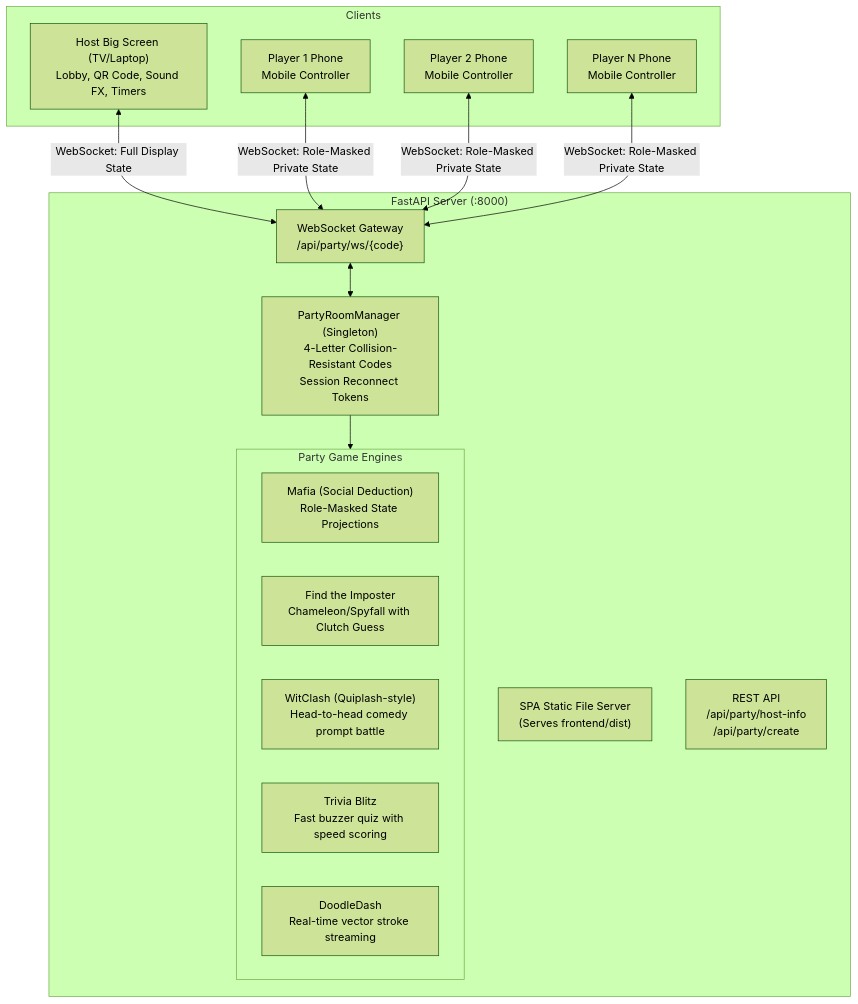
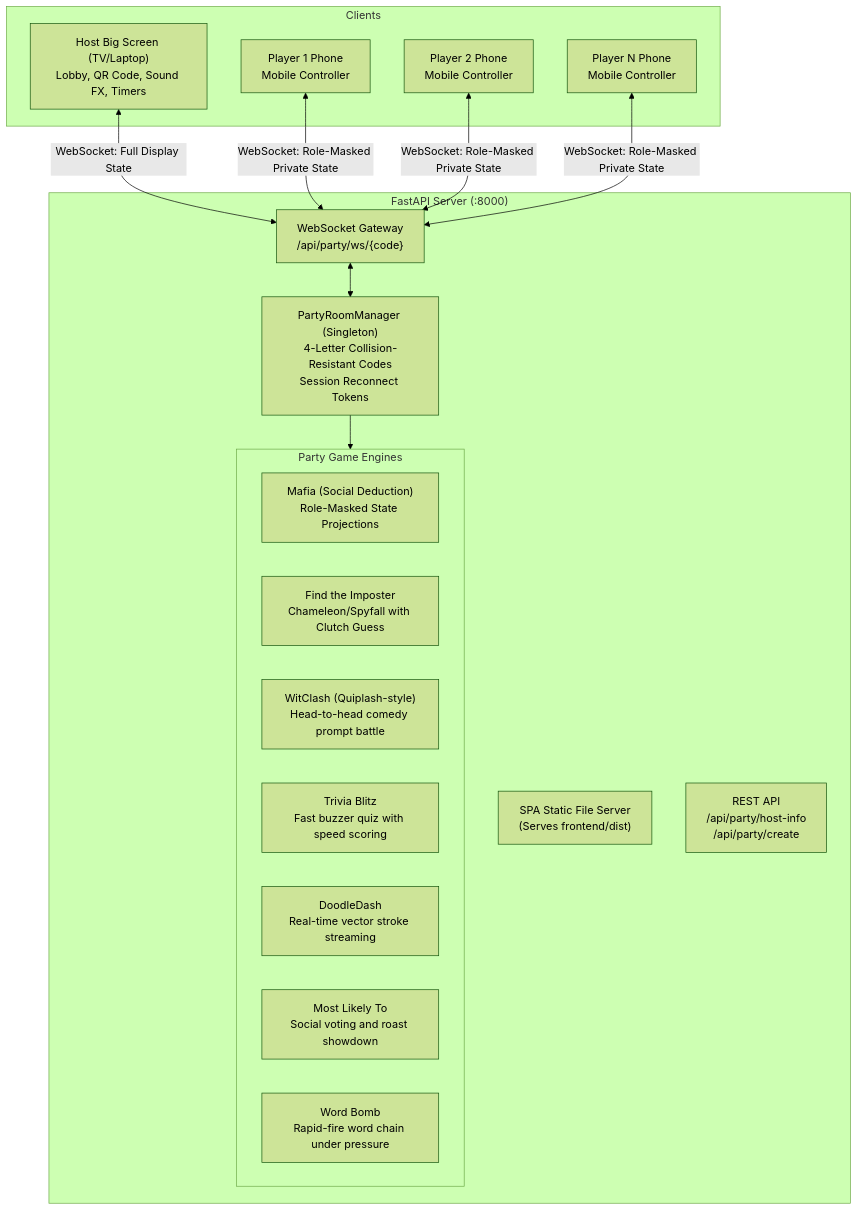
One commit to saranxzi/sanfun changed the diagram in ARCHITECTURE.md. Above: the diagram before and after it, drawn with Mermaid (forest theme). The commit also changed other lines of this file and 17 other files, not shown here.

````diff
--- a/ARCHITECTURE.md
+++ b/ARCHITECTURE.md
@@ -7,33 +7,35 @@
 ```mermaid
 graph TD
     subgraph Clients
         HostScreen["Host Big Screen (TV/Laptop)<br/>Lobby, QR Code, Sound FX, Timers"]
         Phone1["Player 1 Phone<br/>Mobile Controller"]
         Phone2["Player 2 Phone<br/>Mobile Controller"]
         PhoneN["Player N Phone<br/>Mobile Controller"]
     end
 
     subgraph "FastAPI Server (:8000)"
         StaticFiles["SPA Static File Server<br/>(Serves frontend/dist)"]
         WSGateway["WebSocket Gateway<br/>/api/party/ws/{code}"]
         REST["REST API<br/>/api/party/host-info<br/>/api/party/create"]
         
         Manager["PartyRoomManager (Singleton)<br/>4-Letter Collision-Resistant Codes<br/>Session Reconnect Tokens"]
         
         subgraph PartyGamesEngine["Party Game Engines"]
             Mafia["Mafia (Social Deduction)<br/>Role-Masked State Projections"]
             Imposter["Find the Imposter<br/>Chameleon/Spyfall with Clutch Guess"]
             WitClash["WitClash (Quiplash-style)<br/>Head-to-head comedy prompt battle"]
             Trivia["Trivia Blitz<br/>Fast buzzer quiz with speed scoring"]
             Doodle["DoodleDash<br/>Real-time vector stroke streaming"]
+            MostLikely["Most Likely To<br/>Social voting and roast showdown"]
+            WordBomb["Word Bomb<br/>Rapid-fire word chain under pressure"]
         end
     end
 
     HostScreen <-->|WebSocket: Full Display State| WSGateway
     Phone1 <-->|WebSocket: Role-Masked Private State| WSGateway
     Phone2 <-->|WebSocket: Role-Masked Private State| WSGateway
     PhoneN <-->|WebSocket: Role-Masked Private State| WSGateway
 
     WSGateway <--> Manager
     Manager --> PartyGamesEngine
 ```
````
